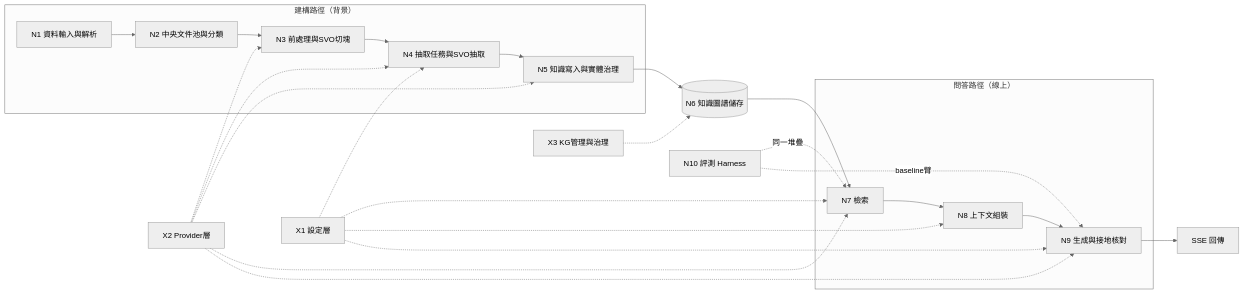
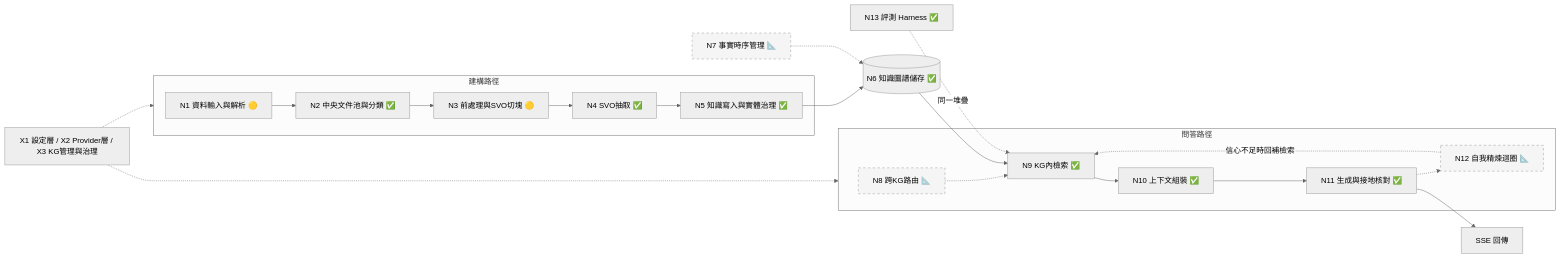
Before and after one commit to Chester930/world-knowledge-graph-rag: the first of 12 diagrams in docs/報告/95_專案節點流程總覽與設計說明.md, drawn with Mermaid (neutral theme). The commit also changed other lines of this file and 1 other file, not shown here.

````diff
--- a/docs/報告/95_專案節點流程總覽與設計說明.md
+++ b/docs/報告/95_專案節點流程總覽與設計說明.md
@@ -89,20 +89,24 @@
 ```mermaid
 flowchart LR
-    subgraph BUILD["建構路徑（背景）"]
-        N1["N1 資料輸入與解析"] --> N2["N2 中央文件池與分類"]
-        N2 --> N3["N3 前處理與SVO切塊"]
-        N3 --> N4["N4 抽取任務與SVO抽取"]
-        N4 --> N5["N5 知識寫入與實體治理"]
+    subgraph BUILD["建構路徑"]
+        N1["N1 資料輸入與解析 🟡"] --> N2["N2 中央文件池與分類 ✅"]
+        N2 --> N3["N3 前處理與SVO切塊 🟡"]
+        N3 --> N4["N4 SVO抽取 ✅"]
+        N4 --> N5["N5 知識寫入與實體治理 ✅"]
     end
-    N5 --> N6[("N6 知識圖譜儲存")]
-    subgraph QUERY["問答路徑（線上）"]
-        N7["N7 檢索"] --> N8["N8 上下文組裝"] --> N9["N9 生成與接地核對"]
+    N5 --> N6[("N6 知識圖譜儲存 ✅")]
+    N7["N7 事實時序管理 📐"]:::plan -.-> N6
+    subgraph QUERY["問答路徑"]
+        N8["N8 跨KG路由 📐"]:::plan -.-> N9["N9 KG內檢索 ✅"]
+        N9 --> N10["N10 上下文組裝 ✅"]
+        N10 --> N11["N11 生成與接地核對 ✅"]
+        N12["N12 自我精煉迴圈 📐"]:::plan -. "信心不足時回補檢索" .-> N9
+        N11 -.-> N12
     end
-    N6 --> N7
-    N9 --> OUT["SSE 回傳"]
-    N10["N10 評測 Harness"] -. "同一堆疊" .-> N7
-    N10 -. "baseline臂" .-> N9
-    X1["X1 設定層"] -.-> N4 & N7 & N8 & N9
-    X2["X2 Provider層"] -.-> N3 & N4 & N5 & N7 & N9
-    X3["X3 KG管理與治理"] -.-> N6
+    N6 --> N9
+    N11 --> OUT["SSE 回傳"]
+    N13["N13 評測 Harness ✅"] -. "同一堆疊" .-> N9
+    X["X1 設定層 / X2 Provider層 / X3 KG管理與治理"] -.-> BUILD & QUERY
+
+    classDef plan stroke-dasharray: 5 5,fill:#f5f5f5
 ```
````
